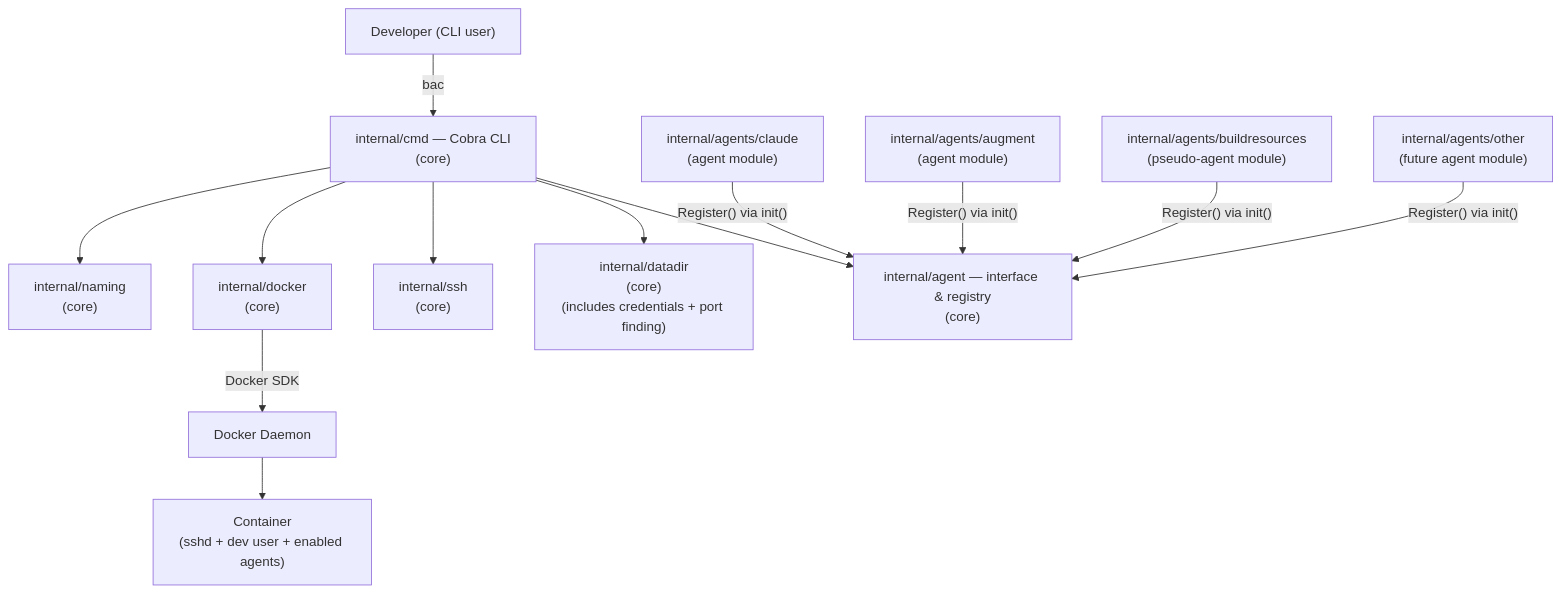
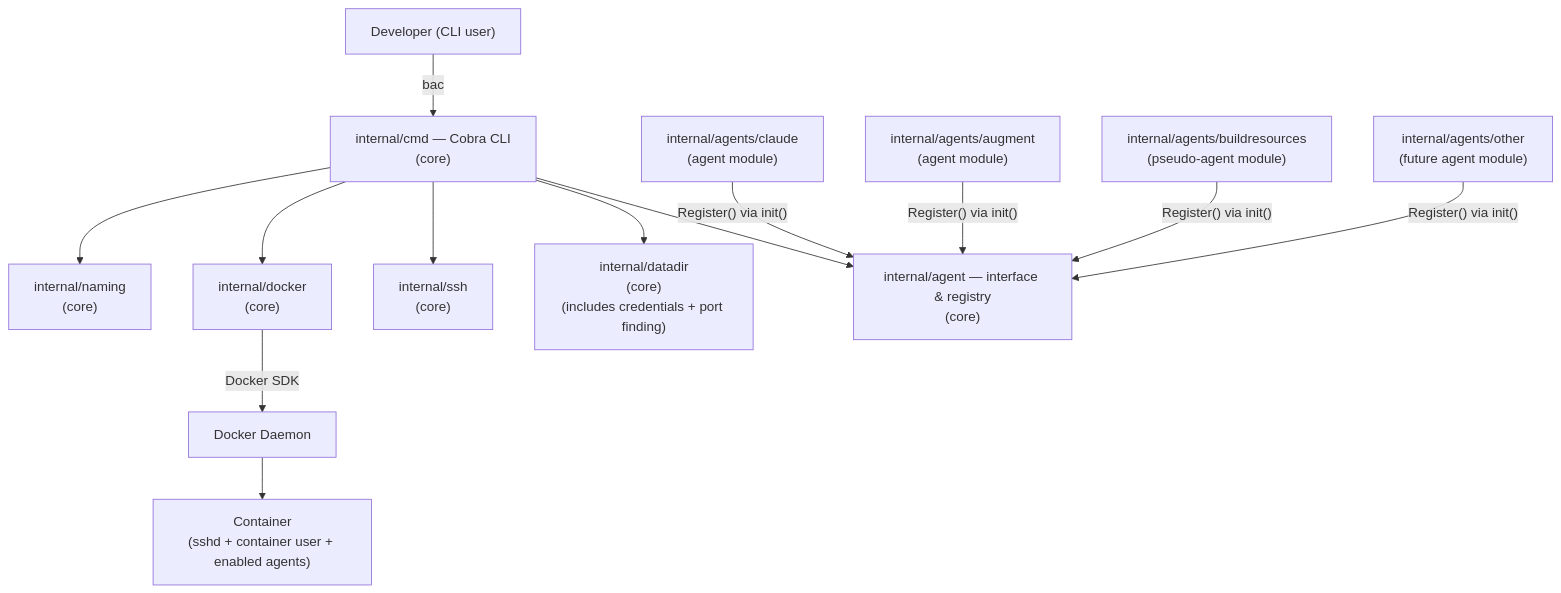
The first of 4 diagrams in .kiro/specs/bootstrap-ai-coding/design-architecture.md (koudis/bootstrap-ai-coding), drawn with Mermaid before and after one commit. The commit also changed other lines of this file and 7 other files, not shown here.

````diff
--- a/.kiro/specs/bootstrap-ai-coding/design-architecture.md
+++ b/.kiro/specs/bootstrap-ai-coding/design-architecture.md
@@ -7,29 +7,29 @@
 ```mermaid
 graph TD
     User["Developer (CLI user)"]
     CLI["internal/cmd — Cobra CLI\n(core)"]
     Naming["internal/naming\n(core)"]
     Docker["internal/docker\n(core)"]
     SSH["internal/ssh\n(core)"]
     DataDir["internal/datadir\n(core)\n(includes credentials + port finding)"]
     AgentPkg["internal/agent — interface & registry\n(core)"]
     ClaudeAgent["internal/agents/claude\n(agent module)"]
     AugmentAgent["internal/agents/augment\n(agent module)"]
     BuildResAgent["internal/agents/buildresources\n(pseudo-agent module)"]
     FutureAgent["internal/agents/other\n(future agent module)"]
     DockerDaemon["Docker Daemon"]
-    Container["Container\n(sshd + dev user + enabled agents)"]
+    Container["Container\n(sshd + container user + enabled agents)"]
 
     User -->|"bac <path> [--agents ...]"| CLI
     CLI --> Naming
     CLI --> Docker
     CLI --> SSH
     CLI --> DataDir
     CLI --> AgentPkg
     ClaudeAgent -->|"Register() via init()"| AgentPkg
     AugmentAgent -->|"Register() via init()"| AgentPkg
     BuildResAgent -->|"Register() via init()"| AgentPkg
     FutureAgent -->|"Register() via init()"| AgentPkg
     Docker -->|"Docker SDK"| DockerDaemon
     DockerDaemon --> Container
 ```
````
